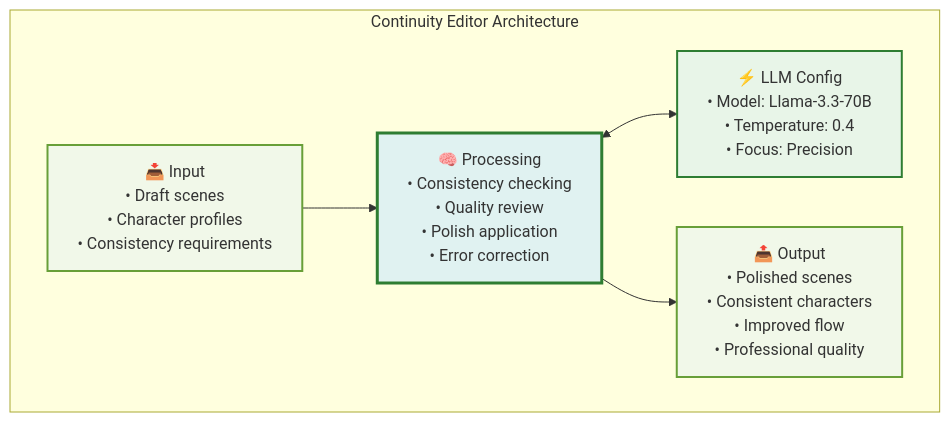
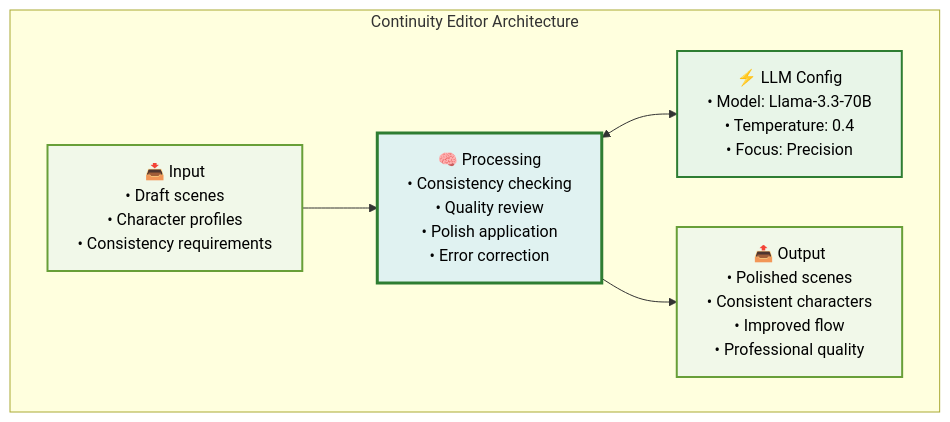
The eighth of 13 diagrams in movie-mas/Presentation/Movie-Scene-Creator-Presentation.md (drMy5tery/Movie-Scene-Creator), drawn with Mermaid before and after one commit. The commit also changed other lines of this file, not shown here.

````diff
--- a/movie-mas/Presentation/Movie-Scene-Creator-Presentation.md
+++ b/movie-mas/Presentation/Movie-Scene-Creator-Presentation.md
@@ -407,21 +407,21 @@
 ```mermaid
 graph TB
     subgraph "Continuity Editor Architecture"
         INPUT[📥 Input<br/>• Draft scenes<br/>• Character profiles<br/>• Consistency requirements]
         
         PROCESS[🧠 Processing<br/>• Consistency checking<br/>• Quality review<br/>• Polish application<br/>• Error correction]
         
         LLM[⚡ LLM Config<br/>• Model: Llama-3.3-70B<br/>• Temperature: 0.4<br/>• Focus: Precision]
         
         OUTPUT[📤 Output<br/>• Polished scenes<br/>• Consistent characters<br/>• Improved flow<br/>• Professional quality]
         
         INPUT --> PROCESS
         PROCESS <--> LLM
         PROCESS --> OUTPUT
         
-        style INPUT fill:#f1f8e9,stroke:#689f38,stroke-width:2px
-        style PROCESS fill:#e0f2f1,stroke:#2e7d32,stroke-width:3px
-        style LLM fill:#e8f5e8,stroke:#2e7d32,stroke-width:2px
-        style OUTPUT fill:#f1f8e9,stroke:#689f38,stroke-width:2px
+        style INPUT fill:#f1f8e9,stroke:#689f38,stroke-width:2px,color:#000000
+        style PROCESS fill:#e0f2f1,stroke:#2e7d32,stroke-width:3px,color:#000000
+        style LLM fill:#e8f5e8,stroke:#2e7d32,stroke-width:2px,color:#000000
+        style OUTPUT fill:#f1f8e9,stroke:#689f38,stroke-width:2px,color:#000000
     end
 ```
````
